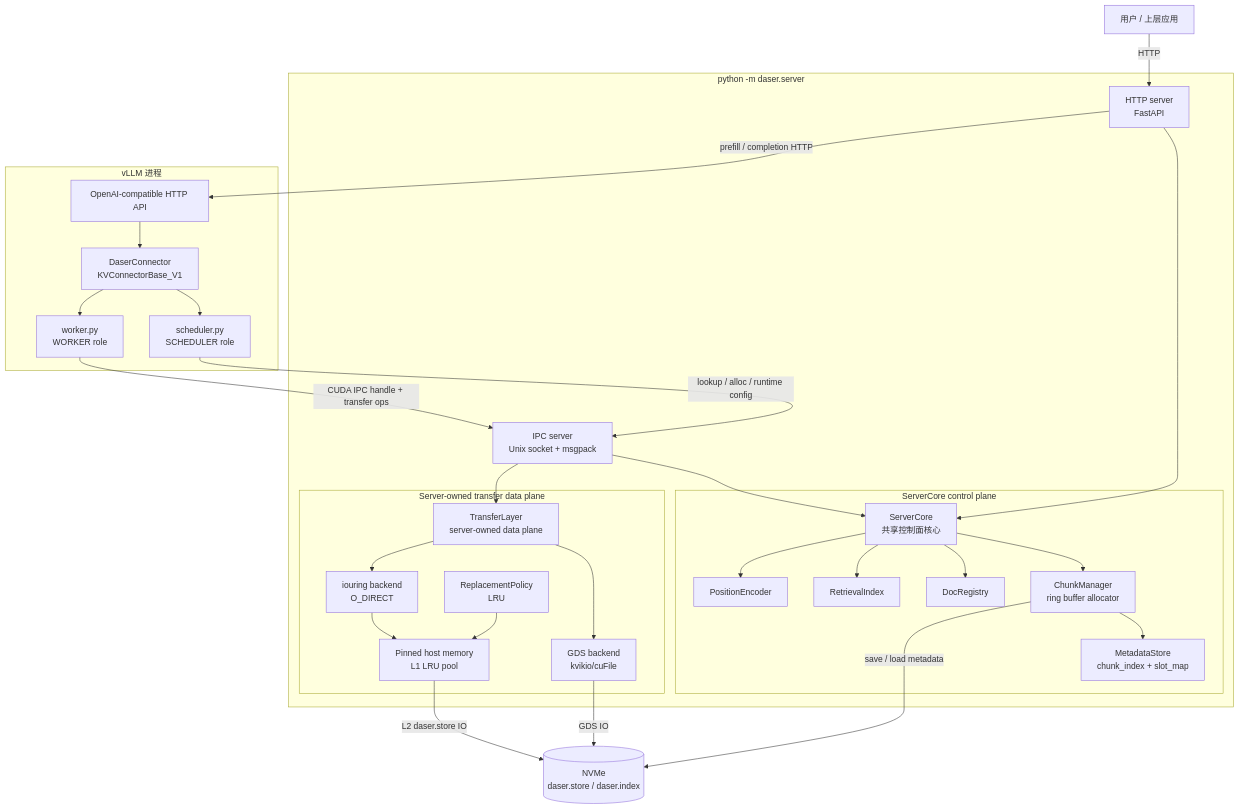
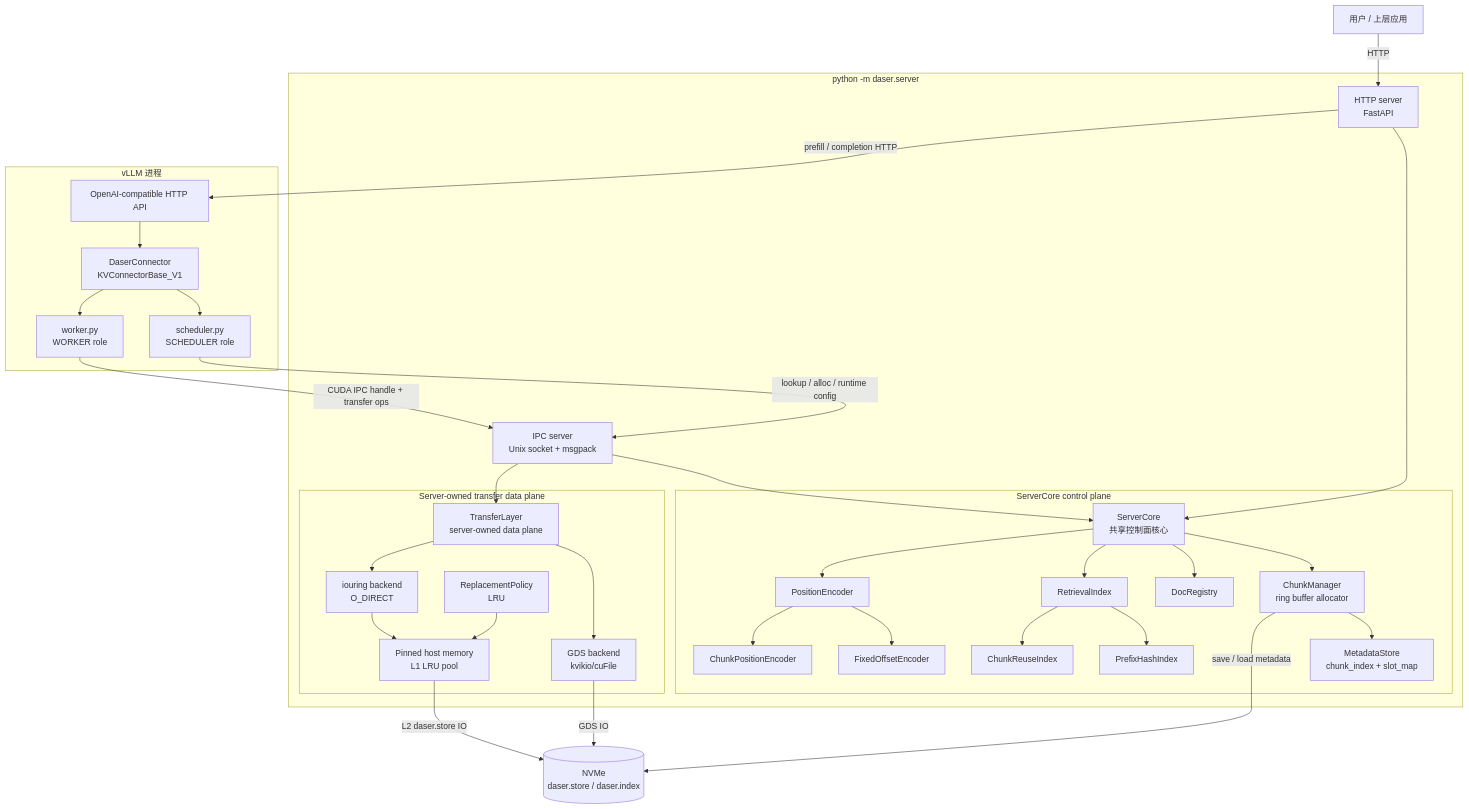
The first of 2 diagrams in docs/design/architecture.md (GentleCold/DaseR), drawn with Mermaid before and after one commit. The commit also changed other lines of this file, not shown here.

Commit message:
docs(design): show retrieval and position implementations
- Expand RetrievalIndex into PrefixHashIndex and ChunkReuseIndex in the architecture diagram.

- Expand PositionEncoder into FixedOffsetEncoder and ChunkPositionEncoder in the architecture diagram.

- Document the cache-reuse-mode pairings while keeping ServerCore dependent on abstractions.

````diff
--- a/docs/design/architecture.md
+++ b/docs/design/architecture.md
@@ -11,61 +11,69 @@
 ```mermaid
 graph TB
     User["用户 / 上层应用"]
 
     subgraph server["python -m daser.server"]
         HTTP["HTTP server<br/>FastAPI"]
         IPC["IPC server<br/>Unix socket + msgpack"]
         subgraph core_owner["ServerCore control plane"]
             CORE["ServerCore<br/>共享控制面核心"]
             CM["ChunkManager<br/>ring buffer allocator"]
             MS["MetadataStore<br/>chunk_index + slot_map"]
             DR["DocRegistry"]
             RI["RetrievalIndex"]
+            PRI["PrefixHashIndex"]
+            CRI["ChunkReuseIndex"]
             PE["PositionEncoder"]
+            FPE["FixedOffsetEncoder"]
+            CPE["ChunkPositionEncoder"]
 
             CORE --> CM
             CORE --> DR
             CORE --> RI
             CORE --> PE
             CM --> MS
+            RI --> PRI
+            RI --> CRI
+            PE --> FPE
+            PE --> CPE
         end
 
         subgraph transfer_owner["Server-owned transfer data plane"]
             TL["TransferLayer<br/>server-owned data plane"]
             GDS["GDS backend<br/>kvikio/cuFile"]
             IOR["iouring backend<br/>O_DIRECT"]
             L1["Pinned host memory<br/>L1 LRU pool"]
             RP["ReplacementPolicy<br/>LRU"]
 
             TL --> GDS
             TL --> IOR
             IOR --> L1
             RP --> L1
         end
 
         HTTP --> CORE
         IPC --> CORE
         IPC --> TL
     end
 
     subgraph vllm["vLLM 进程"]
         VAPI["OpenAI-compatible HTTP API"]
         DC["DaserConnector<br/>KVConnectorBase_V1"]
         SCHED["scheduler.py<br/>SCHEDULER role"]
         WORKER["worker.py<br/>WORKER role"]
 
         VAPI --> DC
         DC --> SCHED
         DC --> WORKER
     end
 
     NVMe[("NVMe<br/>daser.store / daser.index")]
 
     User -- "HTTP" --> HTTP
     HTTP -- "prefill / completion HTTP" --> VAPI
     SCHED -- "lookup / alloc / runtime config" --> IPC
     WORKER -- "CUDA IPC handle + transfer ops" --> IPC
     GDS -- "GDS IO" --> NVMe
     L1 -- "L2 daser.store IO" --> NVMe
     CM -- "save / load metadata" --> NVMe
 ```
````
